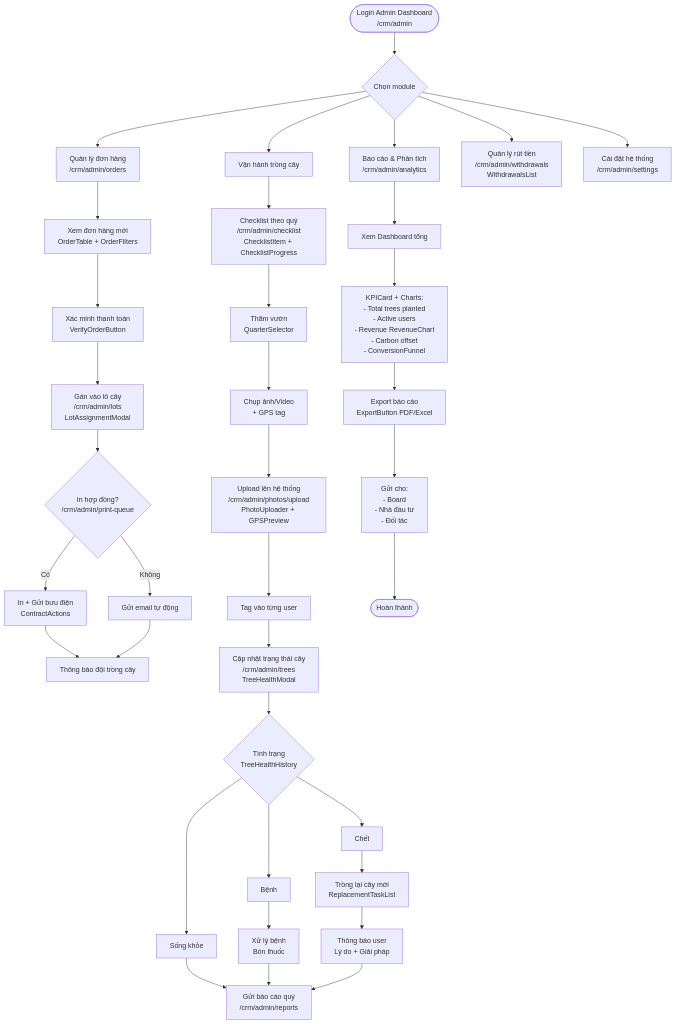
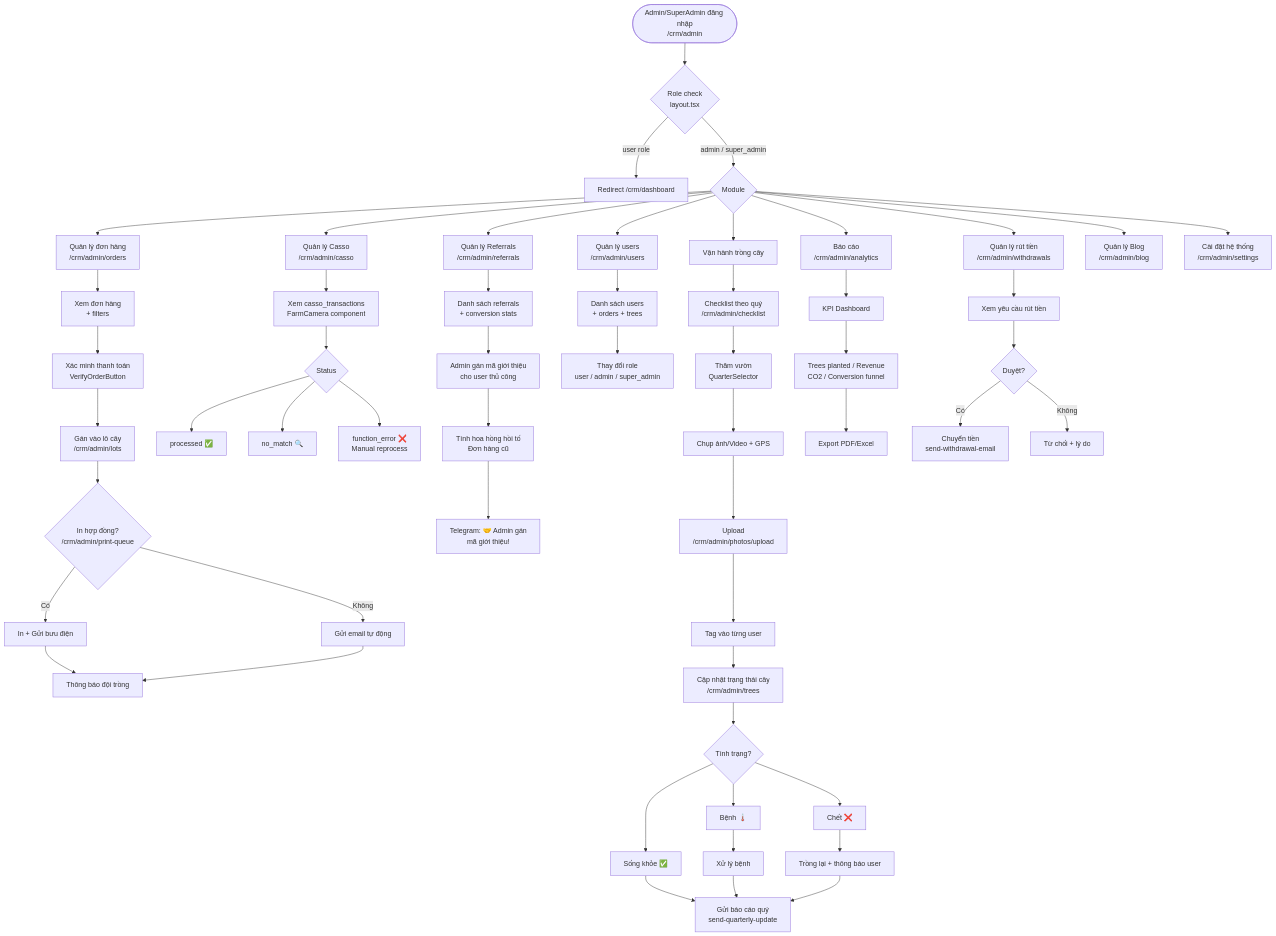
Before and after one commit to deptrai/dainganxanh: the sixth of 8 diagrams in docs/userflow.md, drawn with Mermaid. The commit also changed other lines of this file and 16 other files, not shown here.

First line of the commit message:
feat: cancel order flow, referral auto-capture, Casso webhook, Telegram notifications

````diff
--- a/docs/userflow.md
+++ b/docs/userflow.md
@@ -157,50 +228,64 @@
 ```mermaid
 flowchart TD
-    Start([Login Admin Dashboard<br>/crm/admin]) --> MainMenu{Chọn module}
+    Login([Admin/SuperAdmin đăng nhập<br>/crm/admin]) --> RoleCheck{Role check<br>layout.tsx}
+    RoleCheck -->|user role| Redirect[Redirect /crm/dashboard]
+    RoleCheck -->|admin / super_admin| MainMenu{Module}
 
     MainMenu --> OrderMgmt[Quản lý đơn hàng<br>/crm/admin/orders]
+    MainMenu --> CassoMgmt[Quản lý Casso<br>/crm/admin/casso]
+    MainMenu --> ReferralMgmt[Quản lý Referrals<br>/crm/admin/referrals]
     MainMenu --> PlantOps[Vận hành trồng cây]
-    MainMenu --> Analytics[Báo cáo & Phân tích<br>/crm/admin/analytics]
+    MainMenu --> UserMgmt[Quản lý users<br>/crm/admin/users]
+    MainMenu --> Withdrawals[Quản lý rút tiền<br>/crm/admin/withdrawals]
+    MainMenu --> Analytics[Báo cáo<br>/crm/admin/analytics]
+    MainMenu --> BlogMgmt[Quản lý Blog<br>/crm/admin/blog]
+    MainMenu --> Settings[Cài đặt hệ thống<br>/crm/admin/settings]
 
-    OrderMgmt --> NewOrders[Xem đơn hàng mới<br>OrderTable + OrderFilters]
+    OrderMgmt --> NewOrders[Xem đơn hàng<br>+ filters]
     NewOrders --> Verify[Xác minh thanh toán<br>VerifyOrderButton]
-    Verify --> Assign[Gán vào lô cây<br>/crm/admin/lots<br>LotAssignmentModal]
-    Assign --> PrintContract{In hợp đồng?<br>/crm/admin/print-queue}
-    PrintContract -->|Có| Print[In + Gửi bưu điện<br>ContractActions]
-    PrintContract -->|Không| Digital[Gửi email tự động]
-
-    Print --> NotifyField[Thông báo đội trồng cây]
+    Verify --> Assign[Gán vào lô cây<br>/crm/admin/lots]
+    Assign --> PrintQueue{In hợp đồng?<br>/crm/admin/print-queue}
+    PrintQueue -->|Có| Print[In + Gửi bưu điện]
+    PrintQueue -->|Không| Digital[Gửi email tự động]
+    Print --> NotifyField[Thông báo đội trồng]
     Digital --> NotifyField
 
-    PlantOps --> QuarterCheck[Checklist theo quý<br>/crm/admin/checklist<br>ChecklistItem + ChecklistProgress]
+    CassoMgmt --> ViewTx[Xem casso_transactions<br>FarmCamera component]
+    ViewTx --> TxStatus{Status}
+    TxStatus --> Processed[processed ✅]
+    TxStatus --> NoMatch[no_match 🔍]
+    TxStatus --> Error[function_error ❌<br>Manual reprocess]
+
+    ReferralMgmt --> ViewReferrals[Danh sách referrals<br>+ conversion stats]
+    ViewReferrals --> AssignRef[Admin gán mã giới thiệu<br>cho user thủ công]
+    AssignRef --> RetroCalc[Tính hoa hồng hồi tố<br>Đơn hàng cũ]
+    RetroCalc --> TelegramRef[Telegram: 🤝 Admin gán<br>mã giới thiệu!]
+
+    UserMgmt --> ViewUsers[Danh sách users<br>+ orders + trees]
+    ViewUsers --> EditRole[Thay đổi role<br>user / admin / super_admin]
+
+    PlantOps --> QuarterCheck[Checklist theo quý<br>/crm/admin/checklist]
     QuarterCheck --> FieldVisit[Thăm vườn<br>QuarterSelector]
-    FieldVisit --> TakePhoto[Chụp ảnh/Video<br>+ GPS tag]
-    TakePhoto --> Upload[Upload lên hệ thống<br>/crm/admin/photos/upload<br>PhotoUploader + GPSPreview]
+    FieldVisit --> TakePhoto[Chụp ảnh/Video + GPS]
+    TakePhoto --> Upload[Upload<br>/crm/admin/photos/upload]
+    Upload --> TagUsers[Tag vào từng user]
+    TagUsers --> UpdateStatus[Cập nhật trạng thái cây<br>/crm/admin/trees]
+    UpdateStatus --> CheckHealth{Tình trạng?}
+    CheckHealth --> Healthy[Sống khỏe ✅]
+    CheckHealth --> Sick[Bệnh 🌡️]
+    CheckHealth --> Dead[Chết ❌]
+    Sick --> Treatment[Xử lý bệnh]
+    Dead --> Replant[Trồng lại + thông báo user]
+    Healthy --> Quarterly[Gửi báo cáo quý<br>send-quarterly-update]
+    Treatment --> Quarterly
+    Replant --> Quarterly
 
-    Upload --> TagUsers[Tag vào từng user]
-    TagUsers --> UpdateStatus[Cập nhật trạng thái cây<br>/crm/admin/trees<br>TreeHealthModal]
+    Analytics --> Dashboard[KPI Dashboard]
+    Dashboard --> Metrics[Trees planted / Revenue<br>CO2 / Conversion funnel]
+    Metrics --> Export[Export PDF/Excel]
 
-    UpdateStatus --> CheckHealth{Tình trạng<br>TreeHealthHistory}
-    CheckHealth --> Healthy[Sống khỏe]
-    CheckHealth --> Sick[Bệnh]
-    CheckHealth --> Dead[Chết]
-
-    Sick --> Treatment[Xử lý bệnh<br>Bón thuốc]
-    Dead --> Replant[Trồng lại cây mới<br>ReplacementTaskList]
-    Replant --> NotifyUser[Thông báo user<br>Lý do + Giải pháp]
-
-    Healthy --> Quarterly
-    Treatment --> Quarterly
-    NotifyUser --> Quarterly[Gửi báo cáo quý<br>/crm/admin/reports]
-
-    Analytics --> Dashboard[Xem Dashboard tổng]
-    Dashboard --> Metrics[KPICard + Charts:<br>- Total trees planted<br>- Active users<br>- Revenue RevenueChart<br>- Carbon offset<br>- ConversionFunnel]
-
-    Metrics --> Export[Export báo cáo<br>ExportButton PDF/Excel]
-    Export --> Stakeholder[Gửi cho:<br>- Board<br>- Nhà đầu tư<br>- Đối tác]
-
-    MainMenu --> Withdrawals[Quản lý rút tiền<br>/crm/admin/withdrawals<br>WithdrawalsList]
-    MainMenu --> Settings[Cài đặt hệ thống<br>/crm/admin/settings]
-
-    Stakeholder --> End([Hoàn thành])
+    Withdrawals --> ReviewWithdrawal[Xem yêu cầu rút tiền]
+    ReviewWithdrawal --> ApproveWithdrawal{Duyệt?}
+    ApproveWithdrawal -->|Có| TransferMoney[Chuyển tiền<br>send-withdrawal-email]
+    ApproveWithdrawal -->|Không| RejectWithdrawal[Từ chối + lý do]
 ```
````
